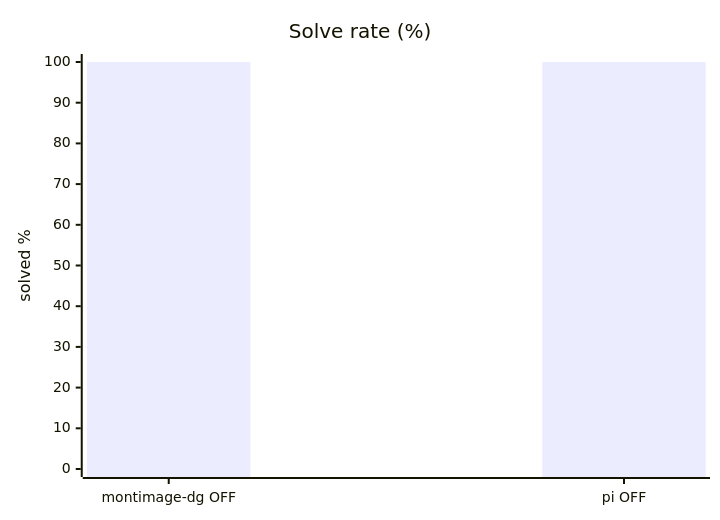
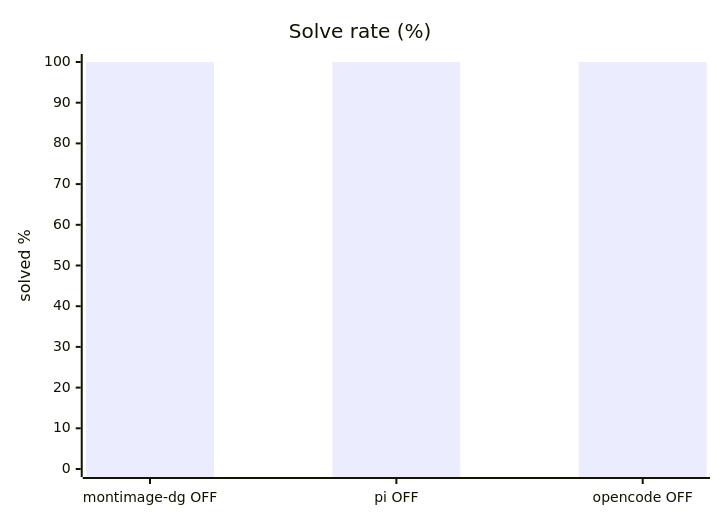
One commit to luongnv89/dgx-spark-llm-lab changed the first of 6 diagrams in results/2026-08-20-pi-harness/REPORT.md. Above: the diagram before and after it, drawn with Mermaid. The commit also changed other lines of this file and 9 other files, not shown here.

````diff
--- a/results/2026-08-20-pi-harness/REPORT.md
+++ b/results/2026-08-20-pi-harness/REPORT.md
@@ -26,7 +27,7 @@
 ```mermaid
 xychart-beta
     title "Solve rate (%)"
-    x-axis ["montimage-dg OFF", "pi OFF"]
+    x-axis ["montimage-dg OFF", "pi OFF", "opencode OFF"]
     y-axis "solved %" 0 --> 100
-    bar [100, 100]
+    bar [100, 100, 100]
 ```
````
